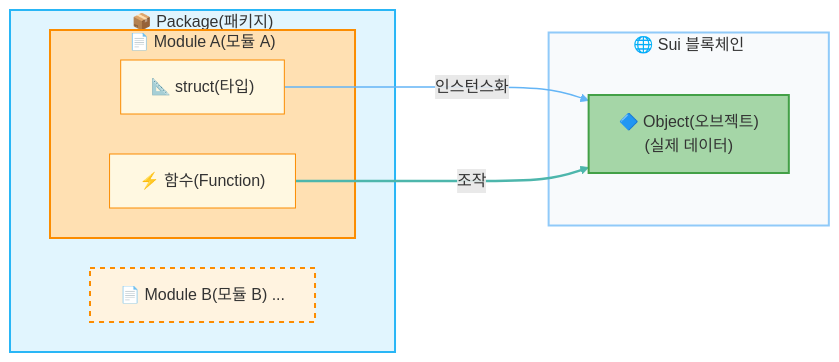
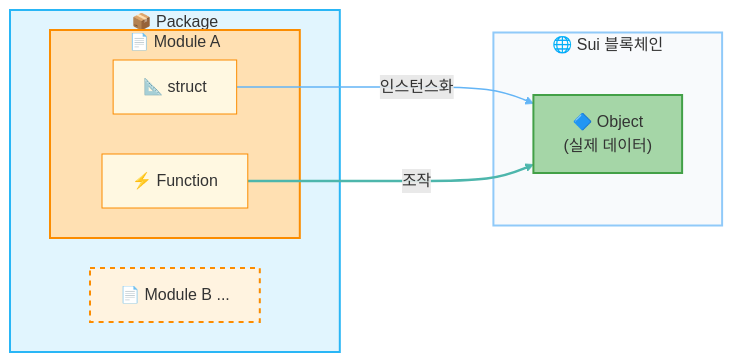
Before and after one commit to suidevgru/suidevgru.github.io: the diagram in i18n/ko/docusaurus-plugin-content-docs/current/learn/beginner/L13-learn-move-mechanics.mdx, drawn with Mermaid. The commit also changed 1 other file, not shown here.

Commit message:
Simplify Mermaid diagram node labels in L13 (ja, ko)
- `i18n/ja/.../L13-learn-move-mechanics.mdx`
    - Remove language-specific annotations (e.g. "パッケージ", "モジュール") from Mermaid node labels
    - Keep only English terms for Package, Module A/B, struct, Function, Object
- `i18n/ko/.../L13-learn-move-mechanics.mdx`
    - Remove Korean annotations (e.g. "패키지", "모듈 A", "타입", "오브젝트") from Mermaid node labels
    - Keep only English terms for consistency with EN/JA diagrams

````diff
--- a/i18n/ko/docusaurus-plugin-content-docs/current/learn/beginner/L13-learn-move-mechanics.mdx
+++ b/i18n/ko/docusaurus-plugin-content-docs/current/learn/beginner/L13-learn-move-mechanics.mdx
@@ -23,36 +23,36 @@
 ```mermaid
 %%{init: {'theme':'default','flowchart':{'rankSpacing':80,'nodeSpacing':40}}}%%
 flowchart LR
-    %% --- 왼쪽: 패키지 ---
-    subgraph Pkg ["📦 Package(패키지)"]
-        subgraph ModA ["📄 Module A(모듈 A)"]
-            TypeA["📐 struct(타입)"]
-            FuncA["⚡ 함수(Function)"]
+    %% --- 왼쪽: Package ---
+    subgraph Pkg ["📦 Package"]
+        subgraph ModA ["📄 Module A"]
+            TypeA["📐 struct"]
+            FuncA["⚡ Function"]
         end
-        ModB["📄 Module B(모듈 B) ..."]
+        ModB["📄 Module B ..."]
     end
 
     %% --- 오른쪽: 블록체인 ---
     subgraph Chain ["🌐 Sui 블록체인"]
-        Obj["🔷 Object(오브젝트)<br/>(실제 데이터)"]
+        Obj["🔷 Object<br/>(실제 데이터)"]
     end
 
     %% --- 화살표 ---
     TypeA -->|"인스턴스화"| Obj
     FuncA ==>|"조작"| Obj
 
     %% --- 링크 스타일링 ---
     linkStyle 0 stroke:#64b5f6,stroke-width:1.5px
     linkStyle 1 stroke:#4db6ac,stroke-width:2.5px
 
     %% --- 스타일링 ---
     style Pkg fill:#e1f5fe,stroke:#29b6f6,stroke-width:2px
     style ModA fill:#ffe0b2,stroke:#fb8c00,stroke-width:2px,color:#333
     style ModB fill:#fff3e0,stroke:#fb8c00,stroke-width:2px,stroke-dasharray: 5 5,color:#333
 
     style TypeA fill:#fff8e1,stroke:#fb8c00,color:#333
     style FuncA fill:#fff8e1,stroke:#fb8c00,color:#333
 
     style Chain fill:#f8fafc,stroke:#90caf9,stroke-width:2px,color:#333
     style Obj fill:#a5d6a7,stroke:#43a047,stroke-width:2px,color:#333
 ```
````
